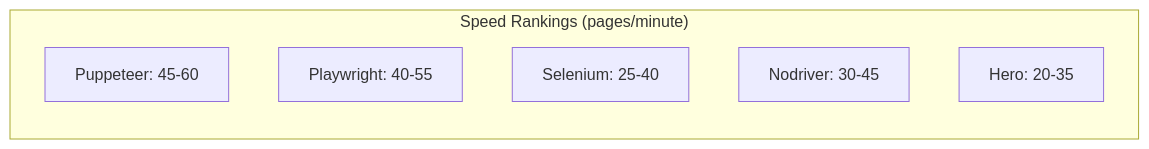
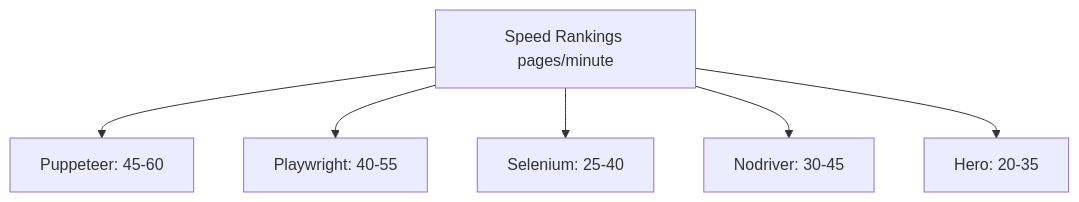
Before and after one commit to bytetunnels/bytetunnels.github.com: the third of 3 diagrams in _posts/2025-04-27-browser-automation-showdown-selenium-playwright-puppeteer-ulixee-hero-nodriver.md, drawn with Mermaid. The commit also changed 25 other files, not shown here.

Commit message:
chore: fixed mermaid charts

````diff
--- a/_posts/2025-04-27-browser-automation-showdown-selenium-playwright-puppeteer-ulixee-hero-nodriver.md
+++ b/_posts/2025-04-27-browser-automation-showdown-selenium-playwright-puppeteer-ulixee-hero-nodriver.md
@@ -368,10 +368,10 @@
 ```mermaid
-graph LR
-    subgraph "Speed Rankings (pages/minute)"
-        P[Puppeteer: 45-60]
-        PL[Playwright: 40-55]
-        S[Selenium: 25-40]
-        N[Nodriver: 30-45]
-        H[Hero: 20-35]
-    end
+graph TD
+    SR[Speed Rankings pages/minute]
+
+    SR --> P[Puppeteer: 45-60]
+    SR --> PL[Playwright: 40-55]
+    SR --> S[Selenium: 25-40]
+    SR --> N[Nodriver: 30-45]
+    SR --> H[Hero: 20-35]
 ```
````
